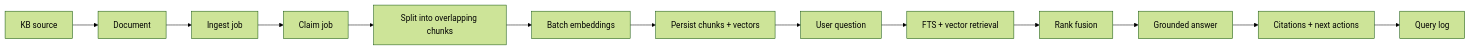
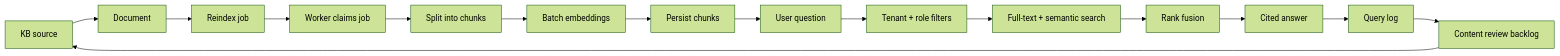
Before and after one commit to bdsrca/CMMS-Knowledgebase: the diagram in diagrams/data-flow.mmd, drawn with Mermaid (forest theme). The commit also changed 58 other files, not shown here.

```diff
--- a/diagrams/data-flow.mmd
+++ b/diagrams/data-flow.mmd
@@ -1,13 +1,15 @@
 flowchart LR
     Source[KB source] --> Document[Document]
-    Document --> Job[Ingest job]
-    Job --> Claim[Claim job]
-    Claim --> Chunk[Split into overlapping chunks]
+    Document --> Job[Reindex job]
+    Job --> Claim[Worker claims job]
+    Claim --> Chunk[Split into chunks]
     Chunk --> Embed[Batch embeddings]
-    Embed --> Store[Persist chunks + vectors]
+    Embed --> Store[Persist chunks]
     Store --> Ask[User question]
-    Ask --> Retrieve[FTS + vector retrieval]
+    Ask --> Filter[Tenant + role filters]
+    Filter --> Retrieve[Full-text + semantic search]
     Retrieve --> Fuse[Rank fusion]
-    Fuse --> Answer[Grounded answer]
-    Answer --> Cite[Citations + next actions]
-    Cite --> Log[Query log]
+    Fuse --> Answer[Cited answer]
+    Answer --> Log[Query log]
+    Log --> Review[Content review backlog]
+    Review --> Source
```
